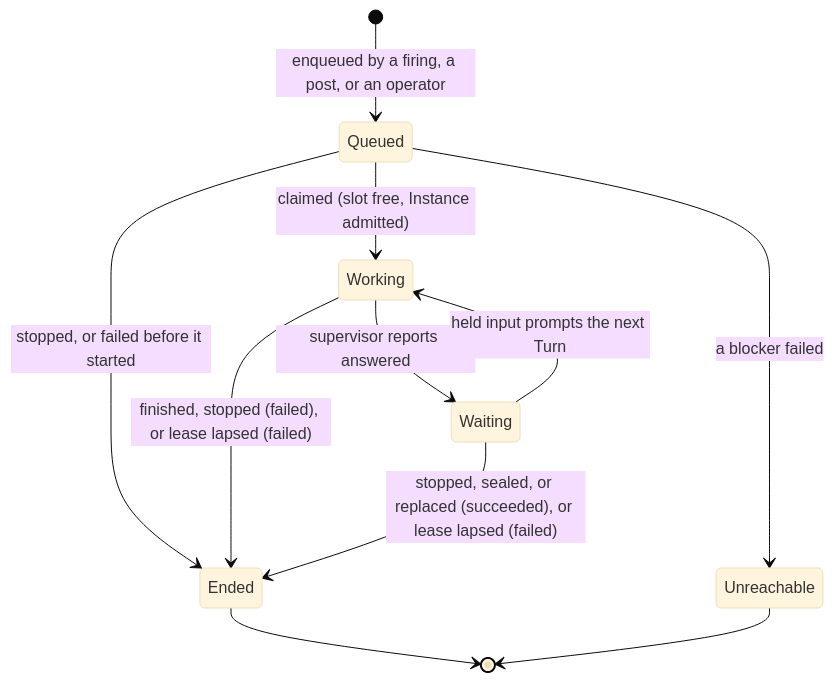
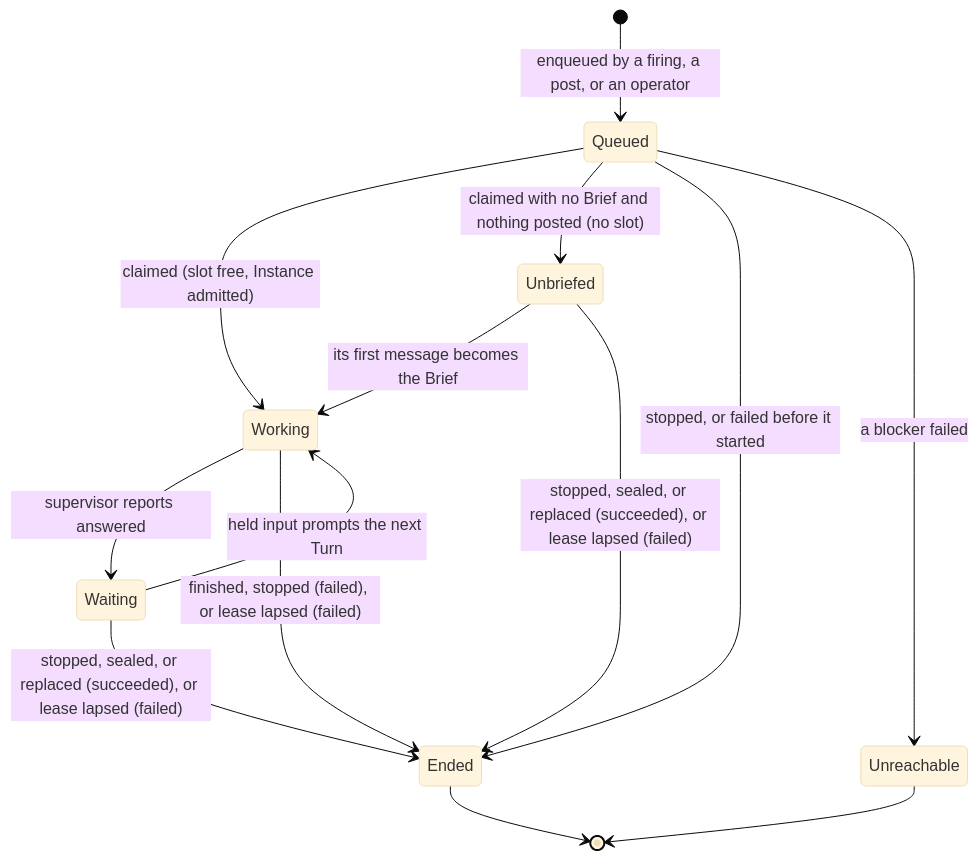
The first of 2 diagrams in docs/architecture/sessions.md (openkestrel/kestrel), drawn with Mermaid (base theme) before and after one commit. The commit also changed other lines of this file and 24 other files, not shown here.

First line of the commit message:
Prepare an unbriefed Session without a slot (0.3/15)

````diff
--- a/docs/architecture/sessions.md
+++ b/docs/architecture/sessions.md
@@ -11,13 +11,16 @@
 ```mermaid
 stateDiagram-v2
     [*] --> Queued: enqueued by a firing, a post, or an operator
     Queued --> Working: claimed (slot free, Instance admitted)
+    Queued --> Unbriefed: claimed with no Brief and nothing posted (no slot)
     Queued --> Ended: stopped, or failed before it started
     Queued --> Unreachable: a blocker failed
+    Unbriefed --> Working: its first message becomes the Brief
     Working --> Waiting: supervisor reports answered
     Waiting --> Working: held input prompts the next Turn
     Working --> Ended: finished, stopped (failed), or lease lapsed (failed)
+    Unbriefed --> Ended: stopped, sealed, or replaced (succeeded), or lease lapsed (failed)
     Waiting --> Ended: stopped, sealed, or replaced (succeeded), or lease lapsed (failed)
     Ended --> [*]
     Unreachable --> [*]
 ```
````
